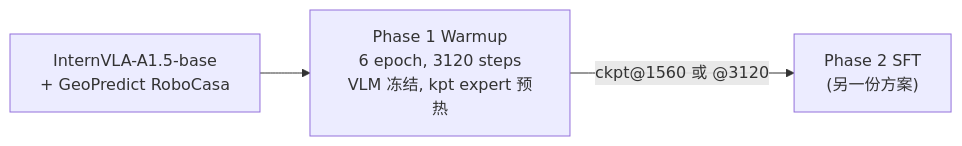
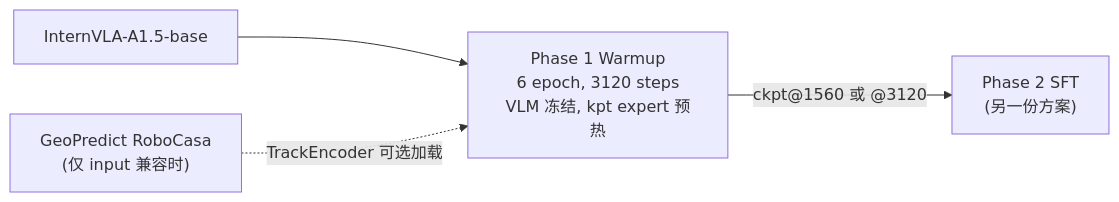
The first of 5 diagrams in b/d/Frk/plug_p1warmup.md (lgautel/InternVLA-A-series), drawn with Mermaid before and after one commit. The commit also changed other lines of this file and 18 other files, not shown here.

````diff
--- a/b/d/Frk/plug_p1warmup.md
+++ b/b/d/Frk/plug_p1warmup.md
@@ -45,5 +45,6 @@
 ```mermaid
 graph LR
-    BASE["InternVLA-A1.5-base<br/>+ GeoPredict RoboCasa"] --> WU["Phase 1 Warmup<br/>6 epoch, 3120 steps<br/>VLM 冻结, kpt expert 预热"]
+    BASE["InternVLA-A1.5-base"] --> WU["Phase 1 Warmup<br/>6 epoch, 3120 steps<br/>VLM 冻结, kpt expert 预热"]
+    GEO["GeoPredict RoboCasa<br/>(仅 input 兼容时)"] -.->|"TrackEncoder 可选加载"| WU
     WU -->|"ckpt@1560 或 @3120"| P2["Phase 2 SFT<br/>(另一份方案)"]
 ```
````
